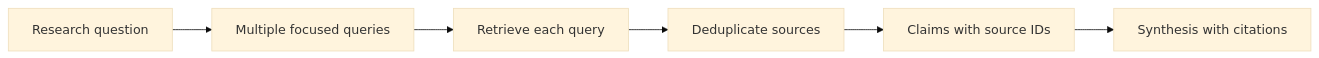
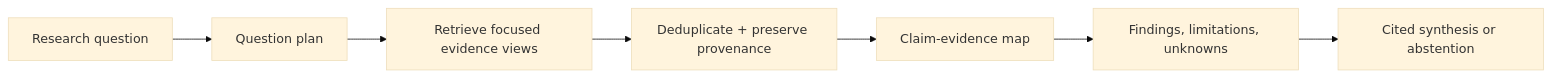
One commit to mahsa-teimourikia/awesome-rag changed the diagram in curriculum/intermediate/05-research-synthesis/README.md. Above: the diagram before and after it, drawn with Mermaid (base theme). The commit also changed other lines of this file and 1 other file, not shown here.

Commit message:
docs: deepen research synthesis training

````diff
--- a/curriculum/intermediate/05-research-synthesis/README.md
+++ b/curriculum/intermediate/05-research-synthesis/README.md
@@ -15,8 +18,9 @@
 ```mermaid
 flowchart LR
-  Q[Research question] --> M[Multiple focused queries]
-  M --> R[Retrieve each query]
-  R --> D[Deduplicate sources]
-  D --> C[Claims with source IDs]
-  C --> S[Synthesis with citations]
+  Q[Research question] --> P[Question plan]
+  P --> R[Retrieve focused evidence views]
+  R --> D[Deduplicate + preserve provenance]
+  D --> C[Claim-evidence map]
+  C --> X[Findings, limitations, unknowns]
+  X --> S[Cited synthesis or abstention]
 ```
````
